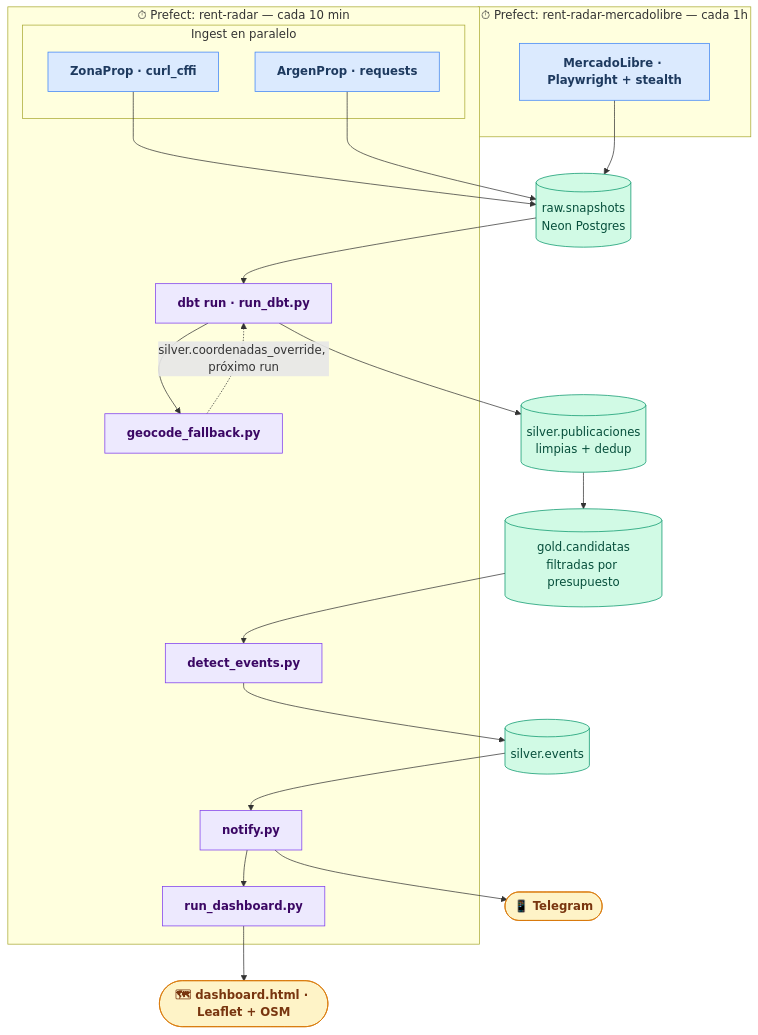
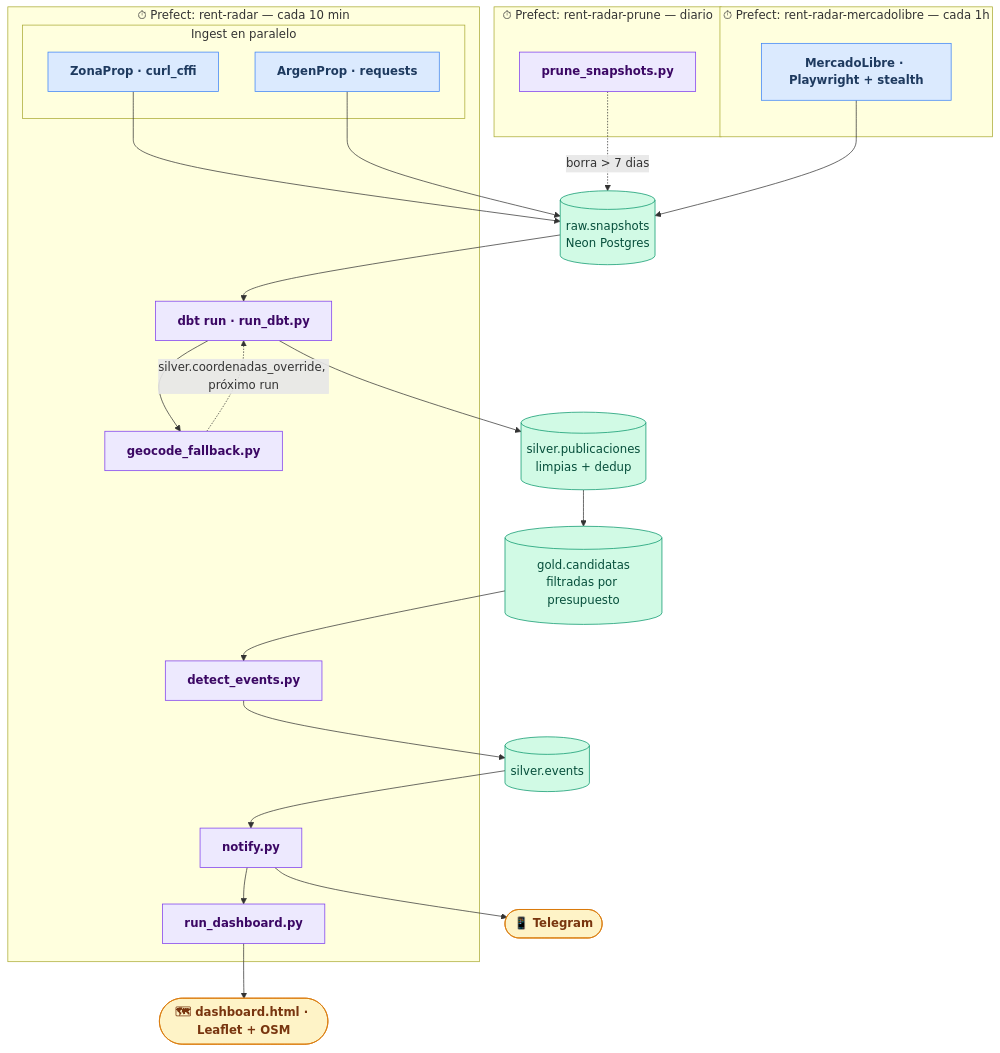
Before and after one commit to NotoFederico/rent_radar: the diagram in README.md, drawn with Mermaid. The commit also changed other lines of this file and 5 other files, not shown here.

````diff
--- a/README.md
+++ b/README.md
@@ -31,45 +31,50 @@
 ```mermaid
 flowchart TD
     classDef spider  fill:#dbeafe,stroke:#3b82f6,color:#1e3a5f,font-weight:bold
     classDef process fill:#ede9fe,stroke:#7c3aed,color:#3b0764,font-weight:bold
     classDef db      fill:#d1fae5,stroke:#059669,color:#064e3b
     classDef out     fill:#fef3c7,stroke:#d97706,color:#78350f,font-weight:bold
 
     RAW[("raw.snapshots\nNeon Postgres")]:::db
     SIL[("silver.publicaciones\nlimpias + dedup")]:::db
     GOLD[("gold.candidatas\nfiltradas por presupuesto")]:::db
     EV[("silver.events")]:::db
     TG(["📱 Telegram"]):::out
     MAP(["🗺 dashboard.html · Leaflet + OSM"]):::out
 
     subgraph PrefectMain ["⏱ Prefect: rent-radar — cada 10 min"]
         subgraph Ingest ["Ingest en paralelo"]
             ZP["ZonaProp · curl_cffi"]:::spider
             AP["ArgenProp · requests"]:::spider
         end
         DBT["dbt run · run_dbt.py"]:::process
         GEO["geocode_fallback.py"]:::process
         DE["detect_events.py"]:::process
         NO["notify.py"]:::process
         GM["run_dashboard.py"]:::process
     end
 
     subgraph PrefectMeli ["⏱ Prefect: rent-radar-mercadolibre — cada 1h"]
         ML["MercadoLibre · Playwright + stealth"]:::spider
     end
 
+    subgraph PrefectPrune ["⏱ Prefect: rent-radar-prune — diario"]
+        PRUNE["prune_snapshots.py"]:::process
+    end
+
+    PRUNE -.->|borra > 7 dias| RAW
     ZP --> RAW
     AP --> RAW
     ML --> RAW
     RAW --> DBT
     DBT --> SIL
     SIL --> GOLD
     DBT --> GEO
     GEO -.->|silver.coordenadas_override, próximo run| DBT
     GOLD --> DE
     DE --> EV
     EV --> NO
     NO --> TG
     NO --> GM
     GM --> MAP
 ```
````
